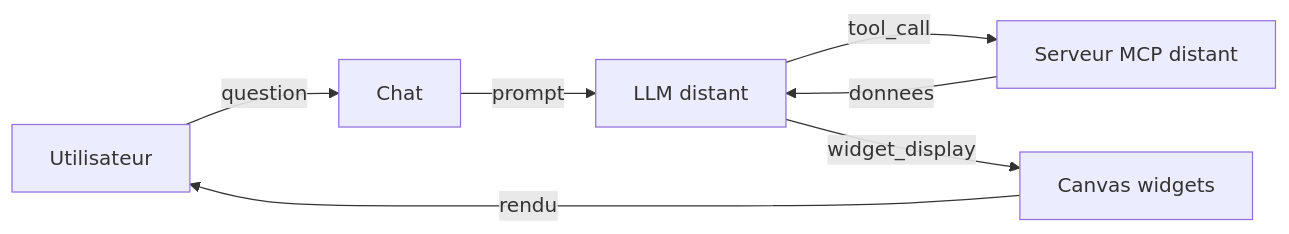
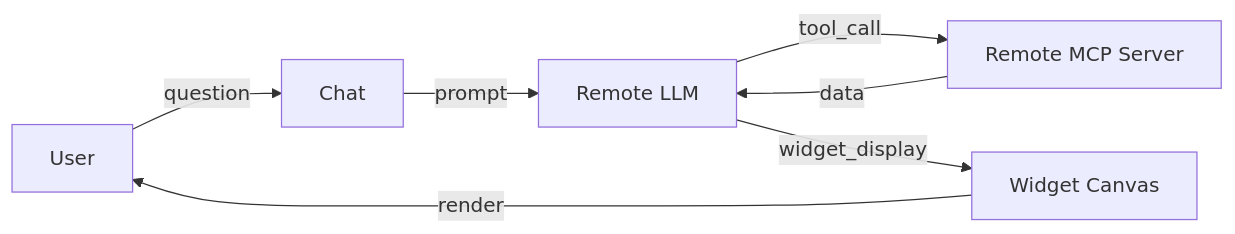
The first of 3 diagrams in docs/starlight/src/content/docs/tutorials/boilerplate.mdx (jeanbaptiste/webmcp-auto-ui), drawn with Mermaid before and after one commit. The commit also changed other lines of this file and 94 other files, not shown here.

````diff
--- a/docs/starlight/src/content/docs/tutorials/boilerplate.mdx
+++ b/docs/starlight/src/content/docs/tutorials/boilerplate.mdx
@@ -29,9 +29,9 @@
 ```mermaid
 graph LR
-    U[Utilisateur] -->|question| Chat
-    Chat -->|prompt| LLM[LLM distant]
-    LLM -->|tool_call| MCP[Serveur MCP distant]
-    MCP -->|donnees| LLM
-    LLM -->|widget_display| Canvas[Canvas widgets]
-    Canvas -->|rendu| U
+    U[User] -->|question| Chat
+    Chat -->|prompt| LLM[Remote LLM]
+    LLM -->|tool_call| MCP[Remote MCP Server]
+    MCP -->|data| LLM
+    LLM -->|widget_display| Canvas[Widget Canvas]
+    Canvas -->|render| U
 ```
````
